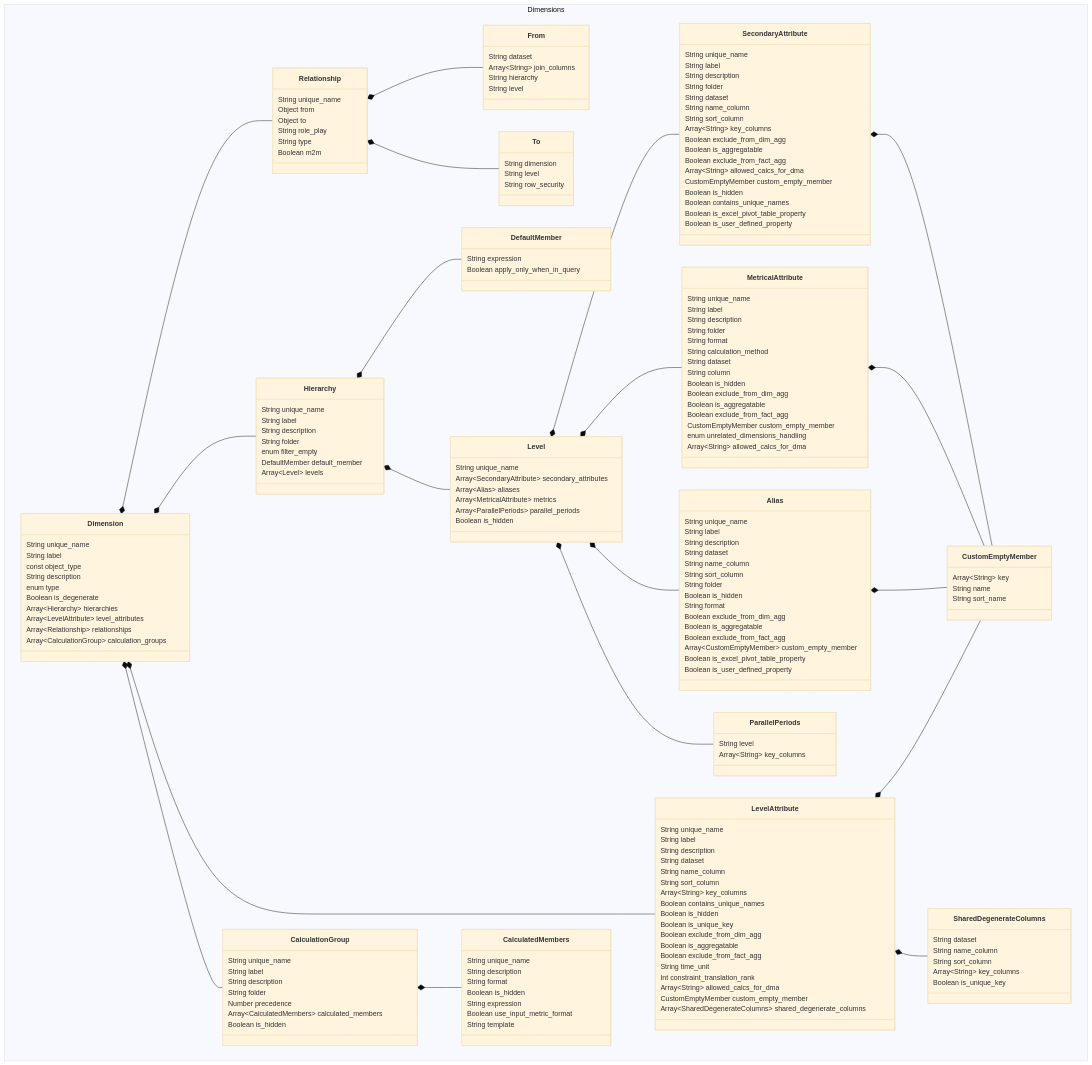
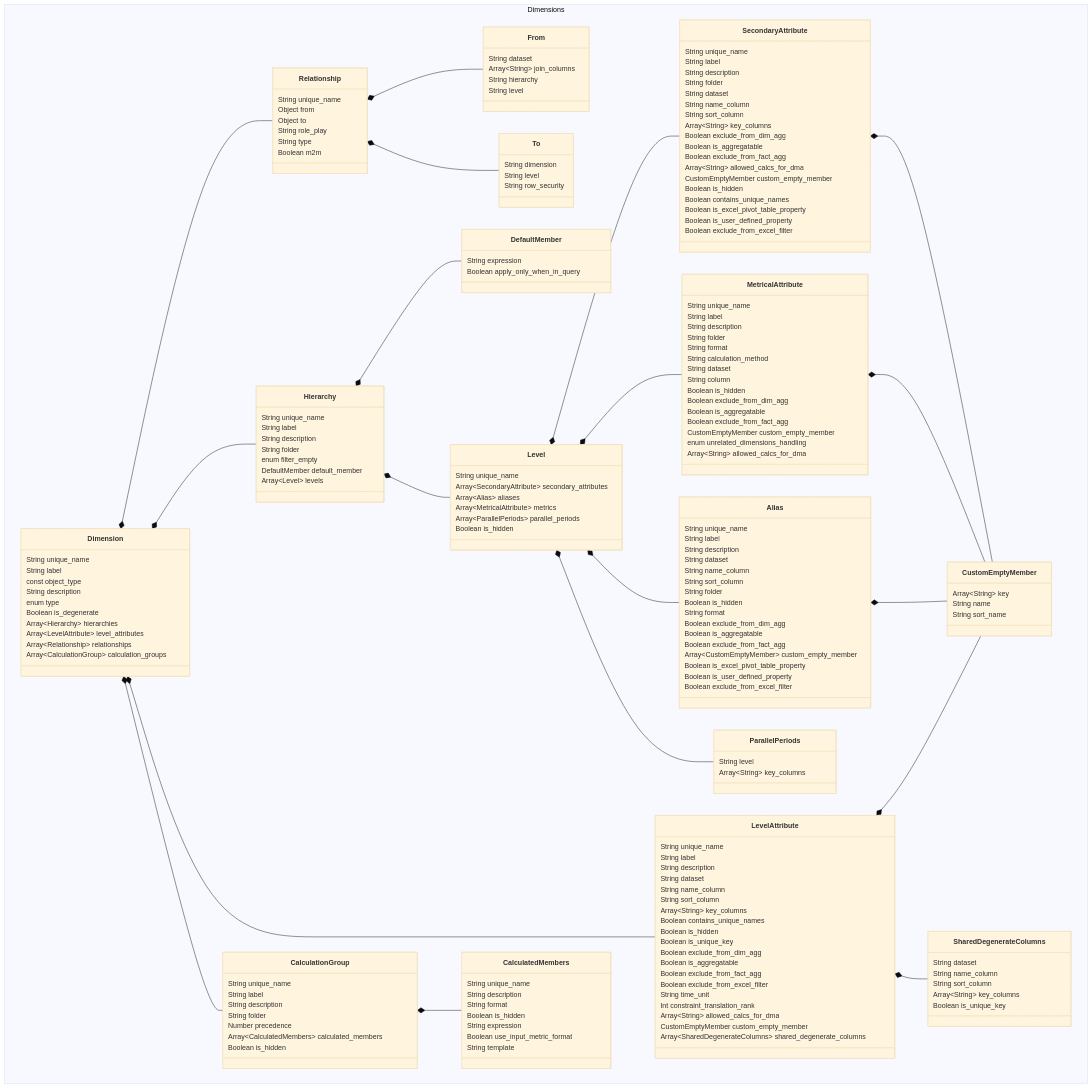
The diagram in sml-reference/dimension.md (semanticdatalayer/SML), drawn with Mermaid (base theme) before and after one commit. The commit also changed other lines of this file, not shown here.

Commit message:
docs: [ATSCALE-51037] add exclude_from_excel_filter to dimension attributes

```diff
--- a/sml-reference/dimension.md
+++ b/sml-reference/dimension.md
@@ -231,6 +231,7 @@
       Array~CustomEmptyMember~ custom_empty_member
       Boolean is_excel_pivot_table_property
       Boolean is_user_defined_property
+      Boolean exclude_from_excel_filter
     }
     class MetricalAttribute{
       String unique_name
@@ -267,6 +268,7 @@
       Boolean exclude_from_dim_agg
       Boolean is_aggregatable
       Boolean exclude_from_fact_agg
+      Boolean exclude_from_excel_filter
       String time_unit
       Int constraint_translation_rank
       Array~String~ allowed_calcs_for_dma
@@ -298,6 +300,7 @@
       Boolean contains_unique_names
       Boolean is_excel_pivot_table_property
       Boolean is_user_defined_property
+      Boolean exclude_from_excel_filter
     }
     class CustomEmptyMember{
       Array~String~ key
```
